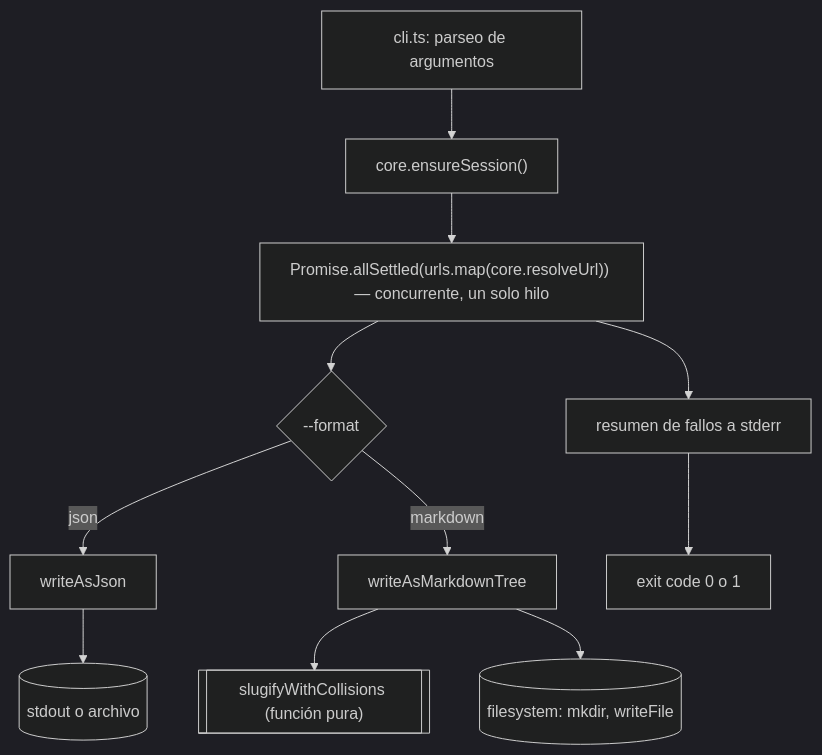
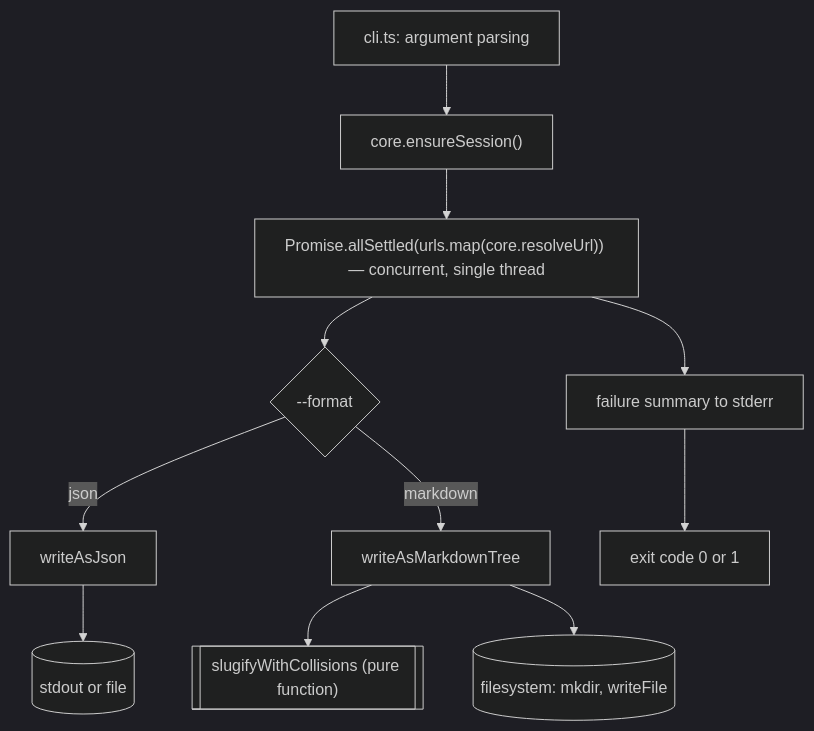
One commit to dryor/figtools changed the diagram in packages/cli/adr/ADR-figtools-cli.md. Above: the diagram before and after it, drawn with Mermaid (dark theme). The commit also changed other lines of this file and 54 other files, not shown here.

````diff
--- a/packages/cli/adr/ADR-figtools-cli.md
+++ b/packages/cli/adr/ADR-figtools-cli.md
@@ -157,16 +160,16 @@
 ```mermaid
 flowchart TD
-    CLI[cli.ts: parseo de argumentos] --> EnsureSession["core.ensureSession()"]
-    EnsureSession --> Resolve["Promise.allSettled(urls.map(core.resolveUrl)) — concurrente, un solo hilo"]
+    CLI[cli.ts: argument parsing] --> EnsureSession["core.ensureSession()"]
+    EnsureSession --> Resolve["Promise.allSettled(urls.map(core.resolveUrl)) — concurrent, single thread"]
 
     Resolve --> Dispatch{--format}
     Dispatch -->|json| WriteJson[writeAsJson]
     Dispatch -->|markdown| WriteMd[writeAsMarkdownTree]
 
-    WriteMd --> Slugify[["slugifyWithCollisions (función pura)"]]
+    WriteMd --> Slugify[["slugifyWithCollisions (pure function)"]]
     WriteMd --> FS[(filesystem: mkdir, writeFile)]
-    WriteJson --> Stdout[(stdout o archivo)]
+    WriteJson --> Stdout[(stdout or file)]
 
-    Resolve --> Summary[resumen de fallos a stderr]
-    Summary --> ExitCode[exit code 0 o 1]
+    Resolve --> Summary[failure summary to stderr]
+    Summary --> ExitCode[exit code 0 or 1]
 ```
````
